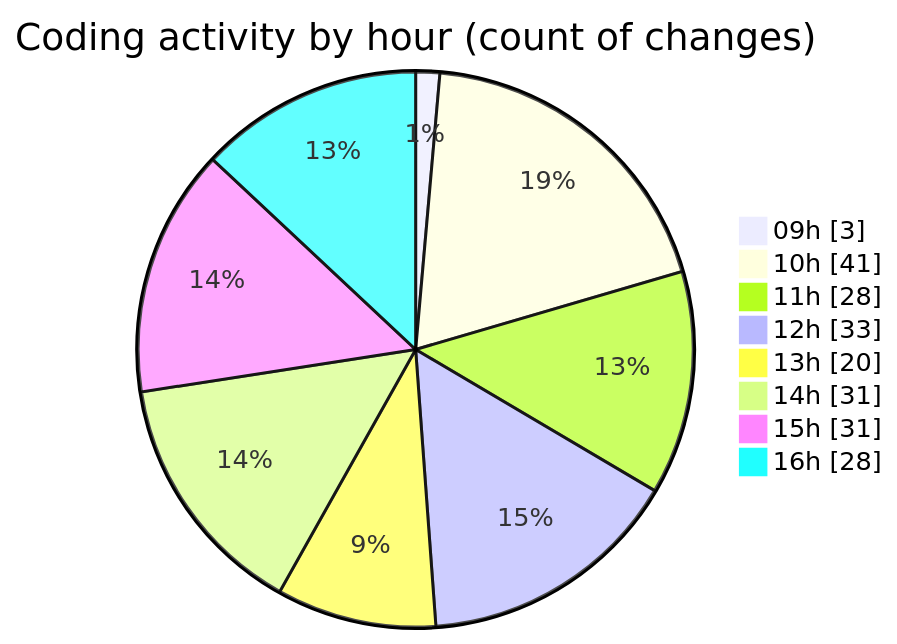
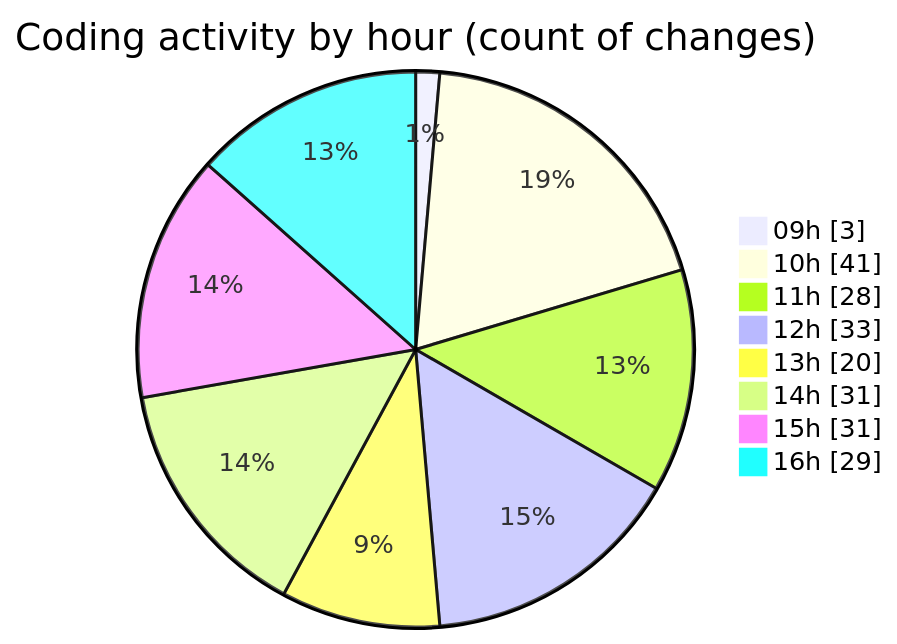
Before and after one commit to CELIANVF/code-tracking: the second of 2 diagrams in 2025-05-19/ecodeli-1/README.md, drawn with Mermaid. The commit also changed other lines of this file and 1 other file, not shown here.

````diff
--- a/2025-05-19/ecodeli-1/README.md
+++ b/2025-05-19/ecodeli-1/README.md
@@ -92,12 +92,12 @@
 ```mermaid
 pie showData
 title Coding activity by hour (count of changes)
 "09h" : 3
 "10h" : 41
 "11h" : 28
 "12h" : 33
 "13h" : 20
 "14h" : 31
 "15h" : 31
-"16h" : 28
+"16h" : 29
 ```
````
